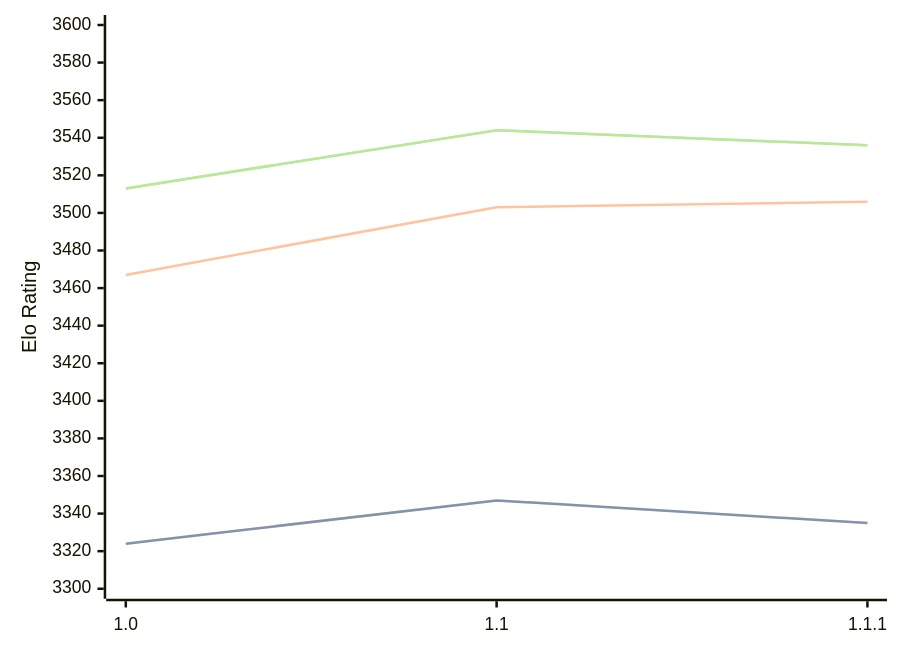
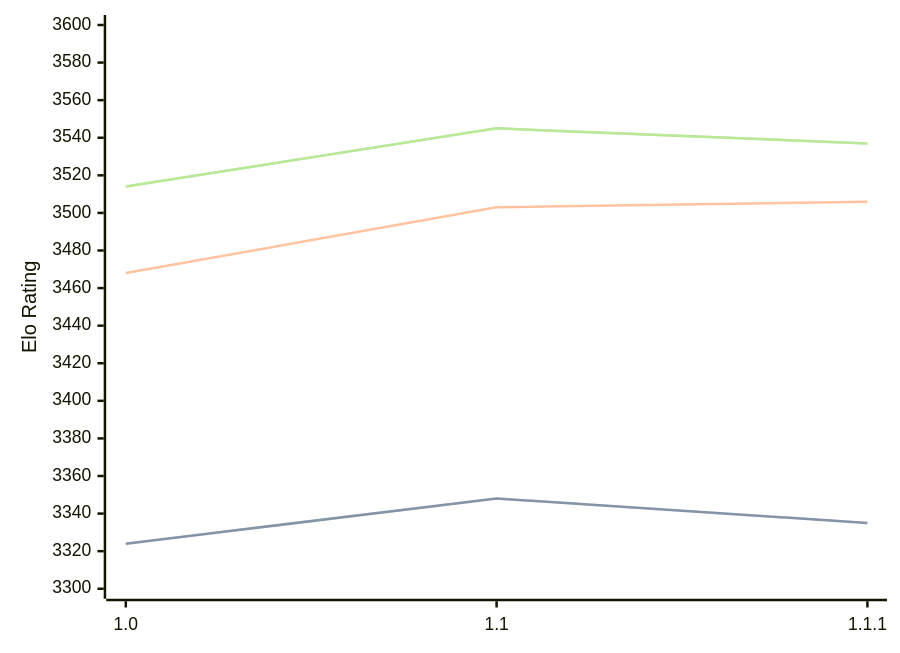
Before and after one commit to computer-chess-index/cci: the diagram in engines/Icarus.md, drawn with Mermaid. The commit also changed other lines of this file, not shown here.

Commit message:
Update CCI Ratings (ELO VLTC) - 2026-10-08

````diff
--- a/engines/Icarus.md
+++ b/engines/Icarus.md
@@ -33,11 +33,11 @@
 ```mermaid
 %%{init: {"theme":"base","themeVariables":{"seriesColors:['#a3a3a3','#222221','#faa371']}}}%%
 xychart-beta
   x-axis ["1.0", "1.1", "1.1.1"]
   y-axis "Elo Rating" 3300 --> 3600
-  line "" [3324, 3347, 3335]
-  line "STC (8.0+0.08s)" [3324, 3347, 3335]
-  line "LTC (60.0+0.60s)" [3467, 3503, 3506]
-  line "" [3513, 3544, 3536]
-  line "VLTC (2m24s+1.12s)" [3513, 3544, 3536]
+  line "" [3324, 3348, 3335]
+  line "STC (8.0+0.08s)" [3324, 3348, 3335]
+  line "LTC (60.0+0.60s)" [3468, 3503, 3506]
+  line "" [3514, 3545, 3537]
+  line "VLTC (2m24s+1.12s)" [3514, 3545, 3537]
 ```
````
